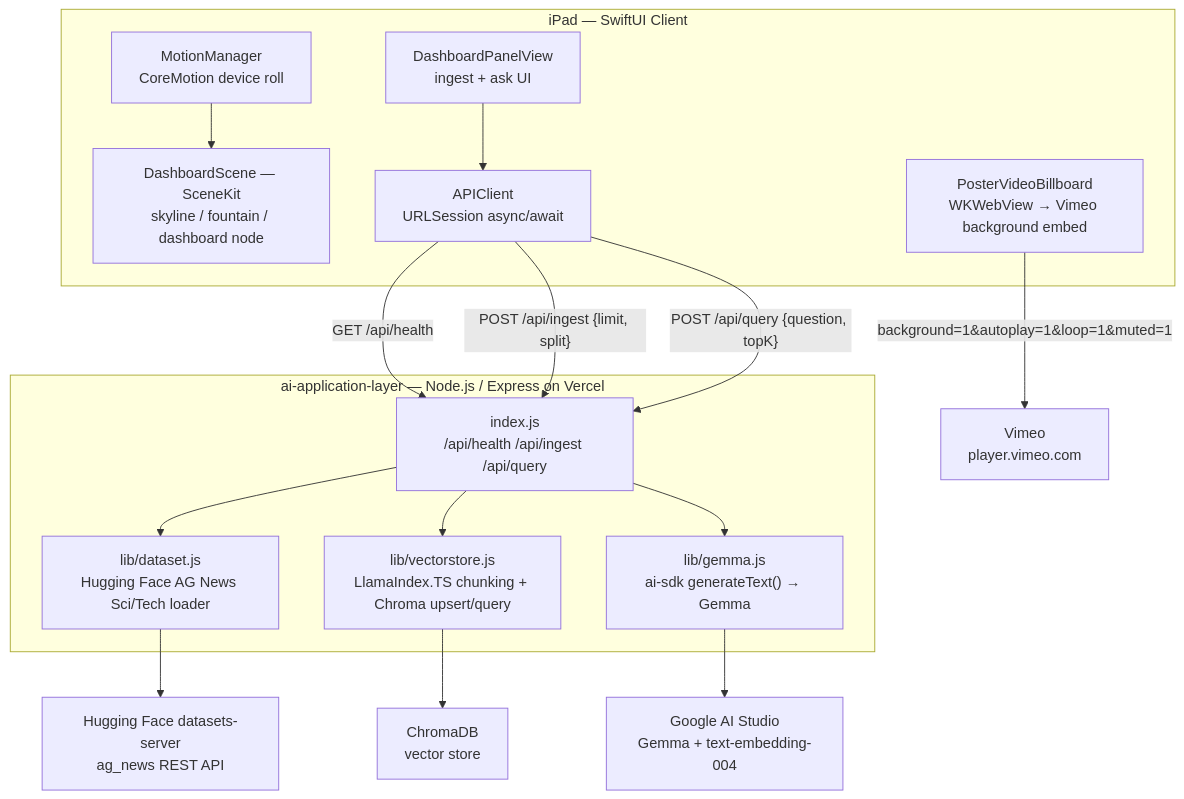
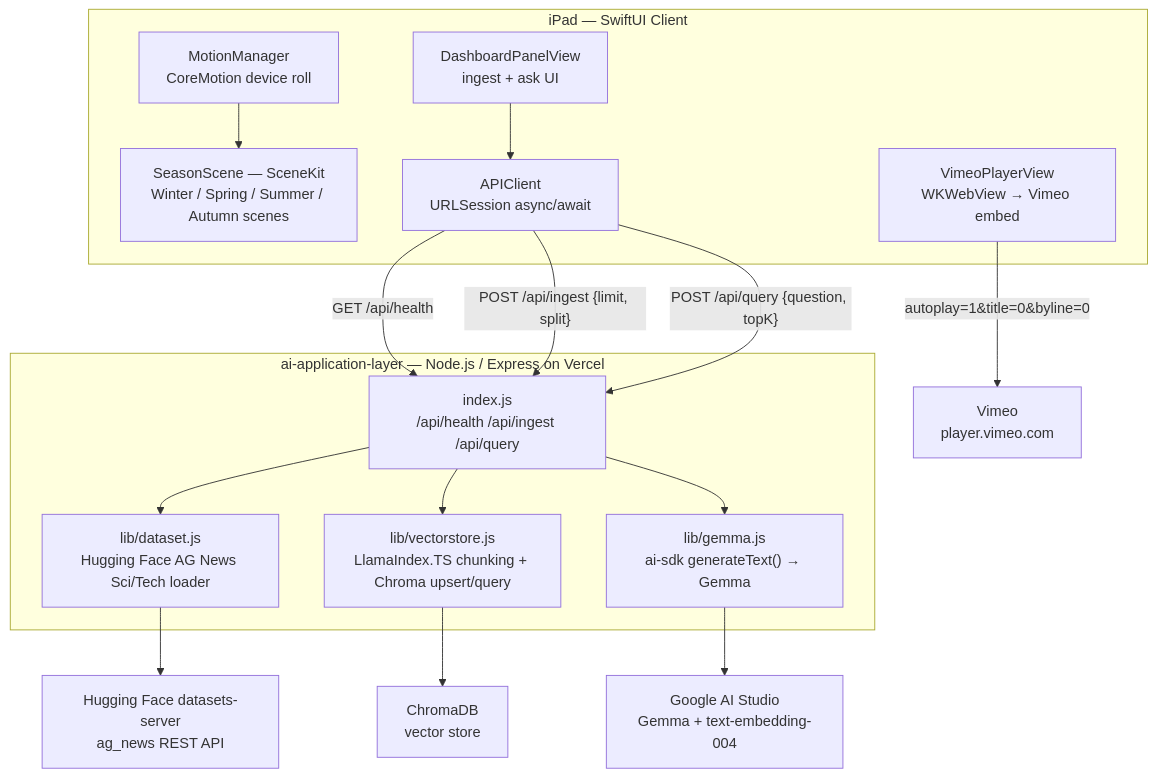
Before and after one commit to saasmodularframework/rag-application-layer-extended: the diagram in README.md, drawn with Mermaid. The commit also changed other lines of this file and 9 other files, not shown here.

````diff
--- a/README.md
+++ b/README.md
@@ -68,32 +68,32 @@
 ```mermaid
 graph TB
   subgraph iPad["iPad — SwiftUI Client"]
     Motion["MotionManager<br/>CoreMotion device roll"]
-    Scene["DashboardScene — SceneKit<br/>skyline / fountain / dashboard node"]
+    Scene["SeasonScene — SceneKit<br/>Winter / Spring / Summer / Autumn scenes"]
     Panel["DashboardPanelView<br/>ingest + ask UI"]
     API["APIClient<br/>URLSession async/await"]
-    Video["PosterVideoBillboard<br/>WKWebView → Vimeo background embed"]
+    Video["VimeoPlayerView<br/>WKWebView → Vimeo embed"]
   end
 
   subgraph Vercel["ai-application-layer — Node.js / Express on Vercel"]
     Index["index.js<br/>/api/health /api/ingest /api/query"]
     Dataset["lib/dataset.js<br/>Hugging Face AG News Sci/Tech loader"]
     Vectorstore["lib/vectorstore.js<br/>LlamaIndex.TS chunking + Chroma upsert/query"]
     Gemma["lib/gemma.js<br/>ai-sdk generateText() → Gemma"]
   end
 
   HF["Hugging Face datasets-server<br/>ag_news REST API"]
   Chroma["ChromaDB<br/>vector store"]
   GoogleAI["Google AI Studio<br/>Gemma + text-embedding-004"]
   VimeoCDN["Vimeo<br/>player.vimeo.com"]
 
   Motion --> Scene
   Panel --> API
   API -- "GET /api/health" --> Index
   API -- "POST /api/ingest {limit, split}" --> Index
   API -- "POST /api/query {question, topK}" --> Index
   Index --> Dataset --> HF
   Index --> Vectorstore --> Chroma
   Index --> Gemma --> GoogleAI
-  Video -- "background=1&autoplay=1&loop=1&muted=1" --> VimeoCDN
+  Video -- "autoplay=1&title=0&byline=0" --> VimeoCDN
 ```
````
